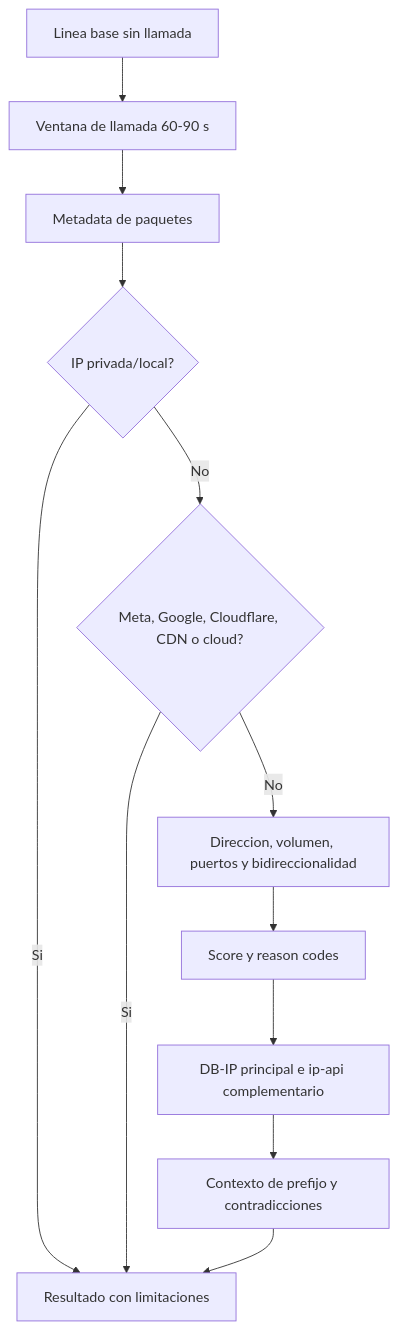
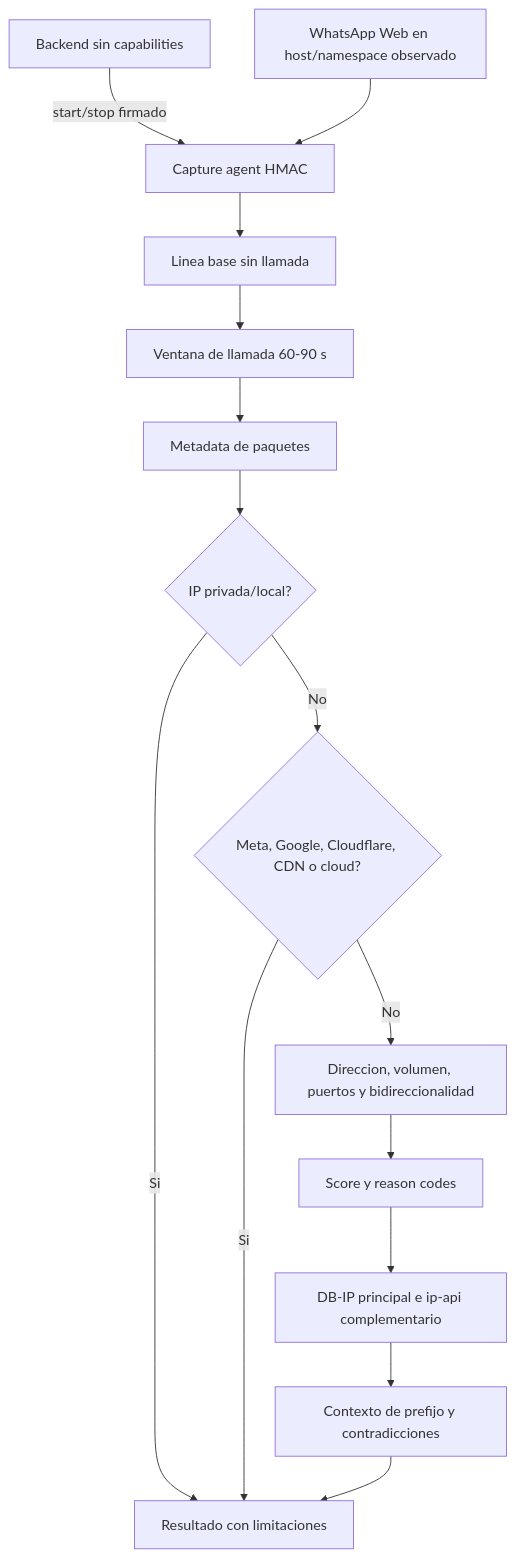
Before and after one commit to deco31416/wp-monitor: the diagram in docs/diagrams/08-call-analysis.md, drawn with Mermaid. The commit also changed other lines of this file and 74 other files, not shown here.

````diff
--- a/docs/diagrams/08-call-analysis.md
+++ b/docs/diagrams/08-call-analysis.md
@@ -9,19 +9,24 @@
 ```mermaid
 flowchart TD
+    Browser[WhatsApp Web en host/namespace observado]
+    Backend[Backend sin capabilities]
+    Agent[Capture agent HMAC]
     Baseline[Linea base sin llamada]
     Window[Ventana de llamada 60-90 s]
     Packets[Metadata de paquetes]
     Private{IP privada/local?}
     Known{Meta, Google, Cloudflare, CDN o cloud?}
     Flow[Direccion, volumen, puertos y bidireccionalidad]
     Score[Score y reason codes]
     Geo[DB-IP principal e ip-api complementario]
     Consistency[Contexto de prefijo y contradicciones]
     Result[Resultado con limitaciones]
 
-    Baseline --> Window --> Packets --> Private
+    Backend -->|start/stop firmado| Agent
+    Browser --> Agent
+    Agent --> Baseline --> Window --> Packets --> Private
     Private -->|Si| Result
     Private -->|No| Known
     Known -->|Si| Result
     Known -->|No| Flow --> Score --> Geo --> Consistency --> Result
 ```
````
